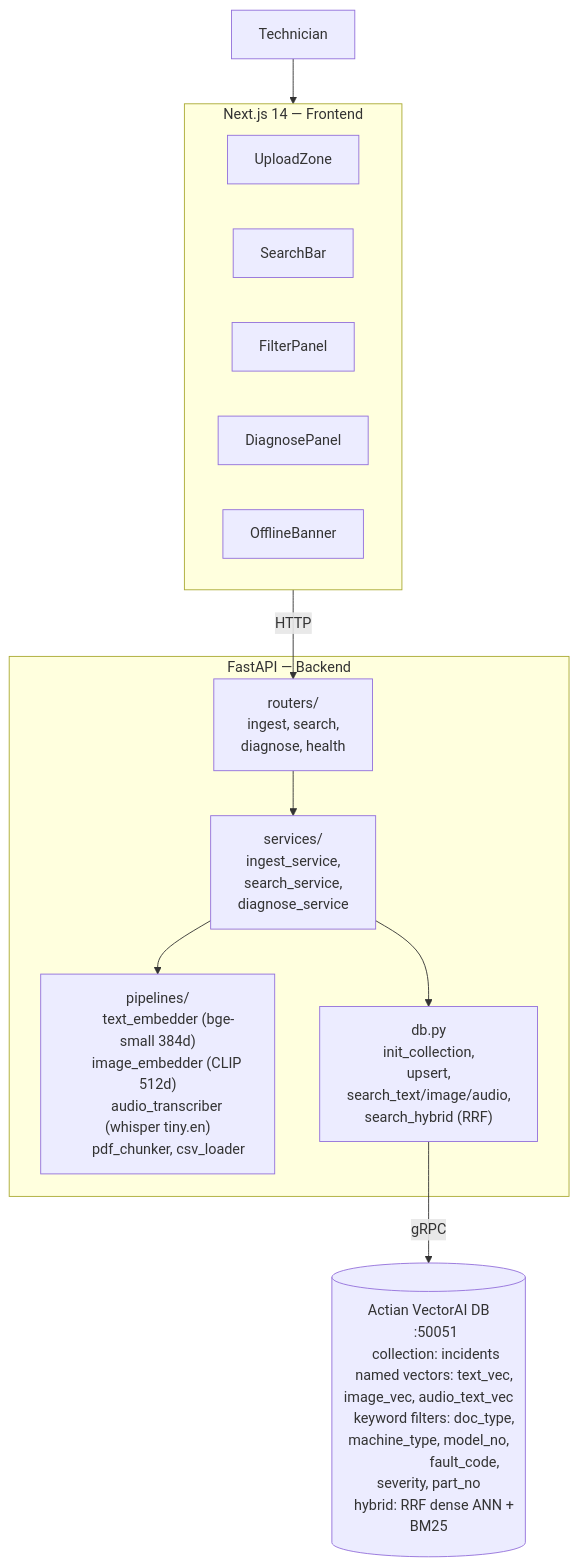
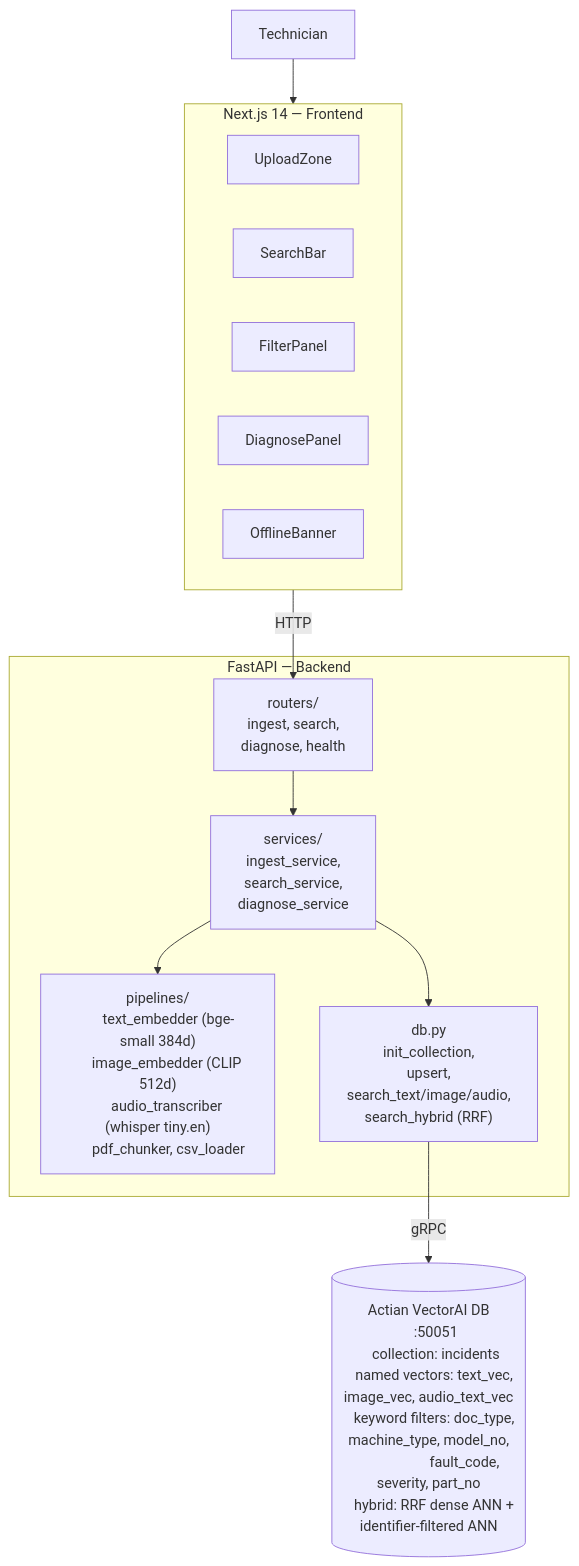
Before and after one commit to Ridwannurudeen/fixfirst-edge: the first of 2 diagrams in ARCHITECTURE.md, drawn with Mermaid. The commit also changed other lines of this file and 9 other files, not shown here.

````diff
--- a/ARCHITECTURE.md
+++ b/ARCHITECTURE.md
@@ -5,47 +5,47 @@
 ```mermaid
 flowchart TB
   user[Technician]
 
   subgraph frontend["Next.js 14 — Frontend"]
     upload[UploadZone]
     search[SearchBar]
     filter[FilterPanel]
     diagnose[DiagnosePanel]
     banner[OfflineBanner]
   end
 
   subgraph backend["FastAPI — Backend"]
     routers["routers/
       ingest, search,
       diagnose, health"]
     services["services/
       ingest_service,
       search_service,
       diagnose_service"]
     pipelines["pipelines/
       text_embedder (bge-small 384d)
       image_embedder (CLIP 512d)
       audio_transcriber (whisper tiny.en)
       pdf_chunker, csv_loader"]
     dblayer["db.py
       init_collection,
       upsert,
       search_text/image/audio,
       search_hybrid (RRF)"]
   end
 
   actian[(Actian VectorAI DB
     :50051
     collection: incidents
     named vectors: text_vec, image_vec, audio_text_vec
     keyword filters: doc_type, machine_type, model_no,
                      fault_code, severity, part_no
-    hybrid: RRF dense ANN + BM25)]
+    hybrid: RRF dense ANN + identifier-filtered ANN)]
 
   user --> frontend
   frontend -->|HTTP| routers
   routers --> services
   services --> pipelines
   services --> dblayer
   dblayer -->|gRPC| actian
 ```
````
